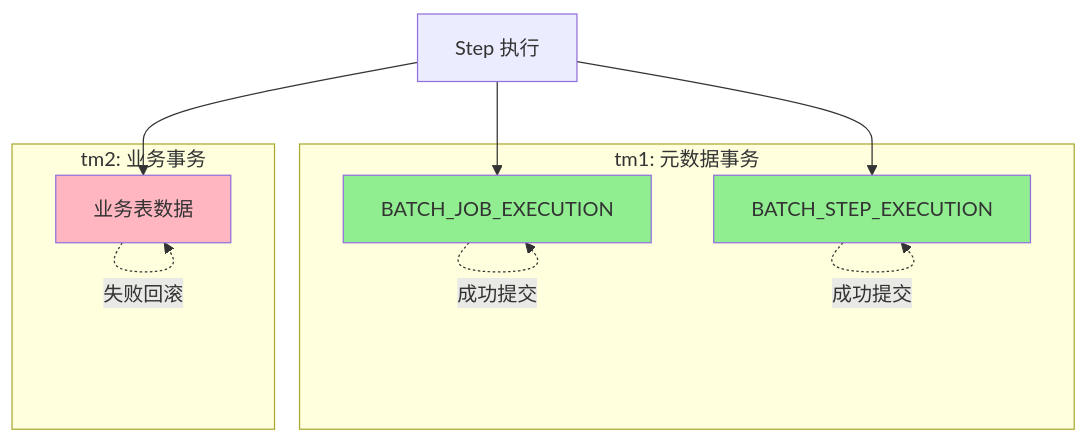
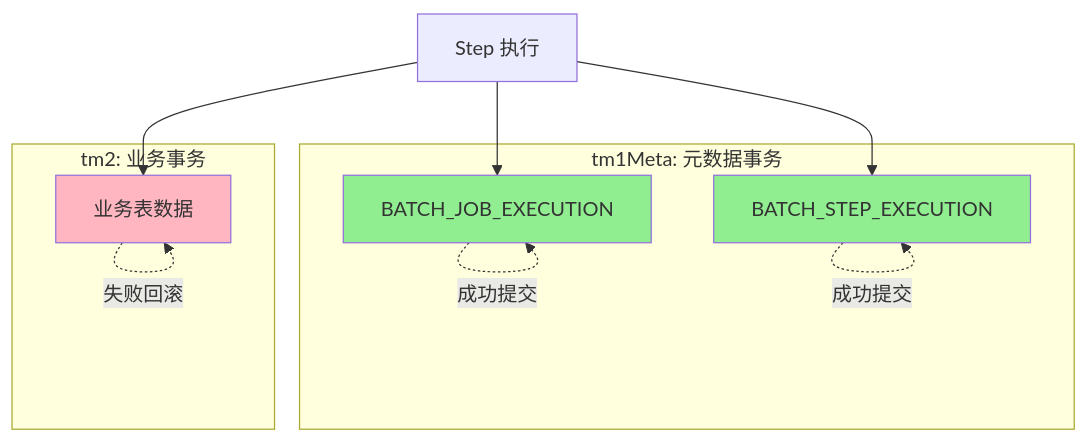
The sixth of 6 diagrams in docs/元数据表.md (SEVENTEEN-TAN/BatchWeaver), drawn with Mermaid before and after one commit. The commit also changed other lines of this file and 6 other files, not shown here.

````diff
--- a/docs/元数据表.md
+++ b/docs/元数据表.md
@@ -338,23 +338,23 @@
 ```mermaid
 flowchart TB
-    subgraph 元数据事务[tm1: 元数据事务]
+    subgraph 元数据事务[tm1Meta: 元数据事务]
         M1[BATCH_JOB_EXECUTION]
         M2[BATCH_STEP_EXECUTION]
     end
 
     subgraph 业务事务[tm2: 业务事务]
         B1[业务表数据]
     end
 
     S[Step 执行] --> M1
     S --> M2
     S --> B1
 
     B1 -.失败回滚.-> B1
     M1 -.成功提交.-> M1
     M2 -.成功提交.-> M2
 
     style M1 fill:#90EE90
     style M2 fill:#90EE90
     style B1 fill:#FFB6C1
 ```
````
